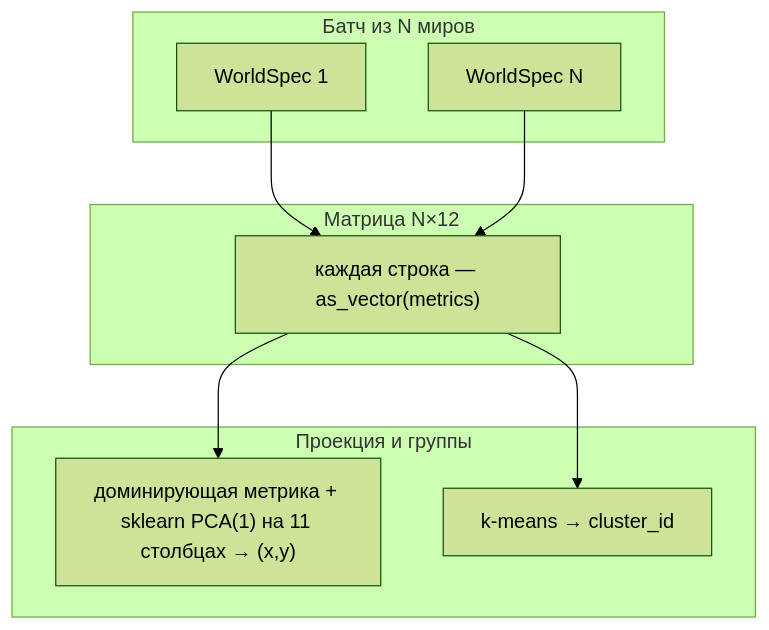
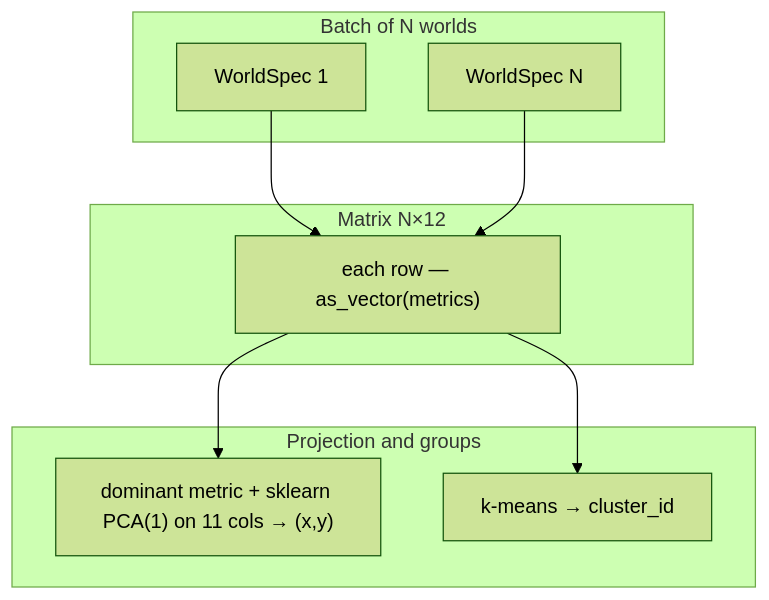
The seventh of 8 diagrams in docs/WORLDSPACE.md (Starovoitov/LifeManifold), drawn with Mermaid (forest theme) before and after one commit. The commit also changed other lines of this file and 4 other files, not shown here.

````diff
--- a/docs/WORLDSPACE.md
+++ b/docs/WORLDSPACE.md
@@ -423,18 +416,18 @@
 ```mermaid
 flowchart TB
-  subgraph batch["Батч из N миров"]
+  subgraph batch["Batch of N worlds"]
     W1["WorldSpec 1"]
     WN["WorldSpec N"]
   end
-  subgraph metrics_mat["Матрица N×12"]
-    MROW["каждая строка — as_vector(metrics)"]
+  subgraph metrics_mat["Matrix N×12"]
+    MROW["each row — as_vector(metrics)"]
   end
-  subgraph proj["Проекция и группы"]
-    PCA["доминирующая метрика + sklearn PCA(1) на 11 столбцах → (x,y)"]
+  subgraph proj["Projection and groups"]
+    PCA["dominant metric + sklearn PCA(1) on 11 cols → (x,y)"]
     KM["k-means → cluster_id"]
   end
   W1 --> MROW
   WN --> MROW
   MROW --> PCA
   MROW --> KM
 ```
````
